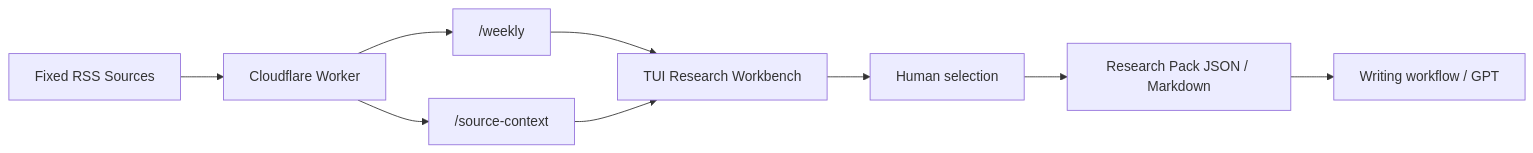
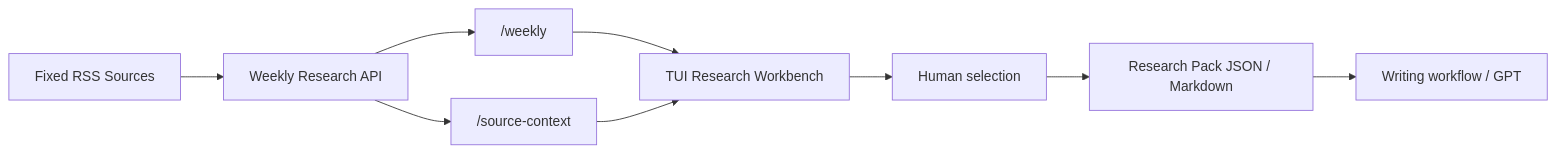
Before and after one commit to a7351220/weekly-research-workbench: the diagram in README.md, drawn with Mermaid. The commit also changed other lines of this file and 21 other files, not shown here.

````diff
--- a/README.md
+++ b/README.md
@@ -18,11 +18,11 @@
 ```mermaid
 flowchart LR
-  A[Fixed RSS Sources] --> B[Cloudflare Worker]
+  A[Fixed RSS Sources] --> B[Weekly Research API]
   B --> C["/weekly"]
   B --> D["/source-context"]
   C --> E[TUI Research Workbench]
   D --> E
   E --> F[Human selection]
   F --> G[Research Pack JSON / Markdown]
   G --> H[Writing workflow / GPT]
 ```
````
